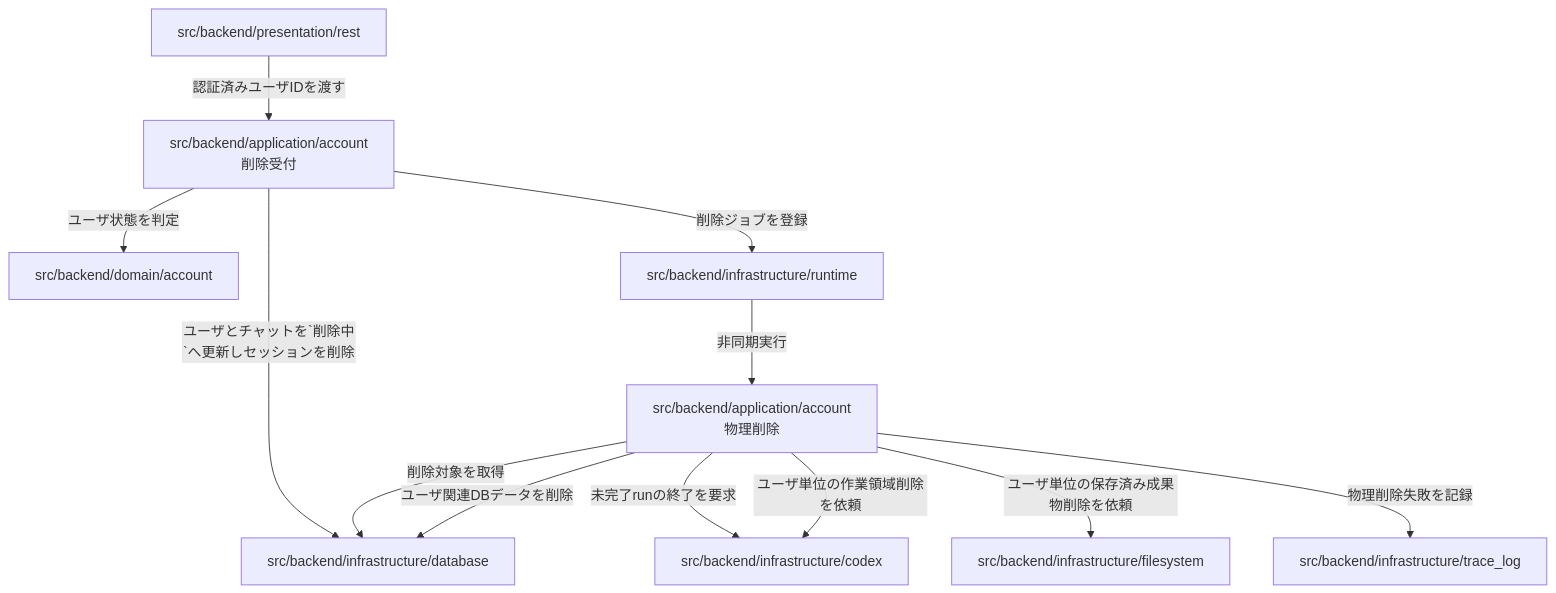
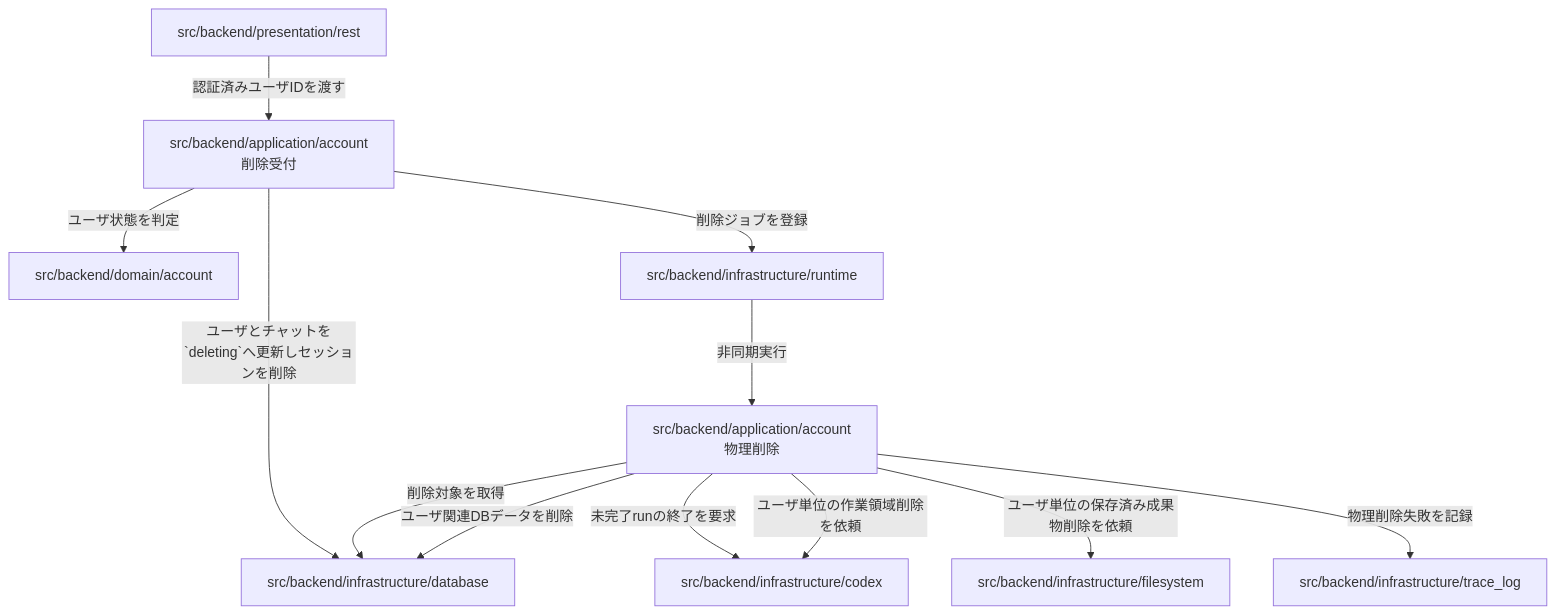
Before and after one commit to mincsys/D-Concierge: the fifth of 5 diagrams in docs/03_内部設計/01_アーキテクチャ設計/アーキテクチャ設計.md, drawn with Mermaid. The commit also changed other lines of this file and 83 other files, not shown here.

````diff
--- a/docs/03_内部設計/01_アーキテクチャ設計/アーキテクチャ設計.md
+++ b/docs/03_内部設計/01_アーキテクチャ設計/アーキテクチャ設計.md
@@ -218,24 +218,24 @@
 ```mermaid
 flowchart TD
     rest["src/backend/presentation/rest"]
     deletion_accept["src/backend/application/account<br>削除受付"]
     deletion_execute["src/backend/application/account<br>物理削除"]
     account_domain["src/backend/domain/account"]
     runtime["src/backend/infrastructure/runtime"]
     database["src/backend/infrastructure/database"]
     codex["src/backend/infrastructure/codex"]
     filesystem["src/backend/infrastructure/filesystem"]
     trace_log["src/backend/infrastructure/trace_log"]
 
     rest -->|認証済みユーザIDを渡す| deletion_accept
     deletion_accept -->|ユーザ状態を判定| account_domain
-    deletion_accept -->|ユーザとチャットを`削除中`へ更新しセッションを削除| database
+    deletion_accept -->|ユーザとチャットを`deleting`へ更新しセッションを削除| database
     deletion_accept -->|削除ジョブを登録| runtime
     runtime -->|非同期実行| deletion_execute
     deletion_execute -->|削除対象を取得| database
     deletion_execute -->|未完了runの終了を要求| codex
     deletion_execute -->|ユーザ単位の作業領域削除を依頼| codex
     deletion_execute -->|ユーザ単位の保存済み成果物削除を依頼| filesystem
     deletion_execute -->|ユーザ関連DBデータを削除| database
     deletion_execute -->|物理削除失敗を記録| trace_log
 ```
````
